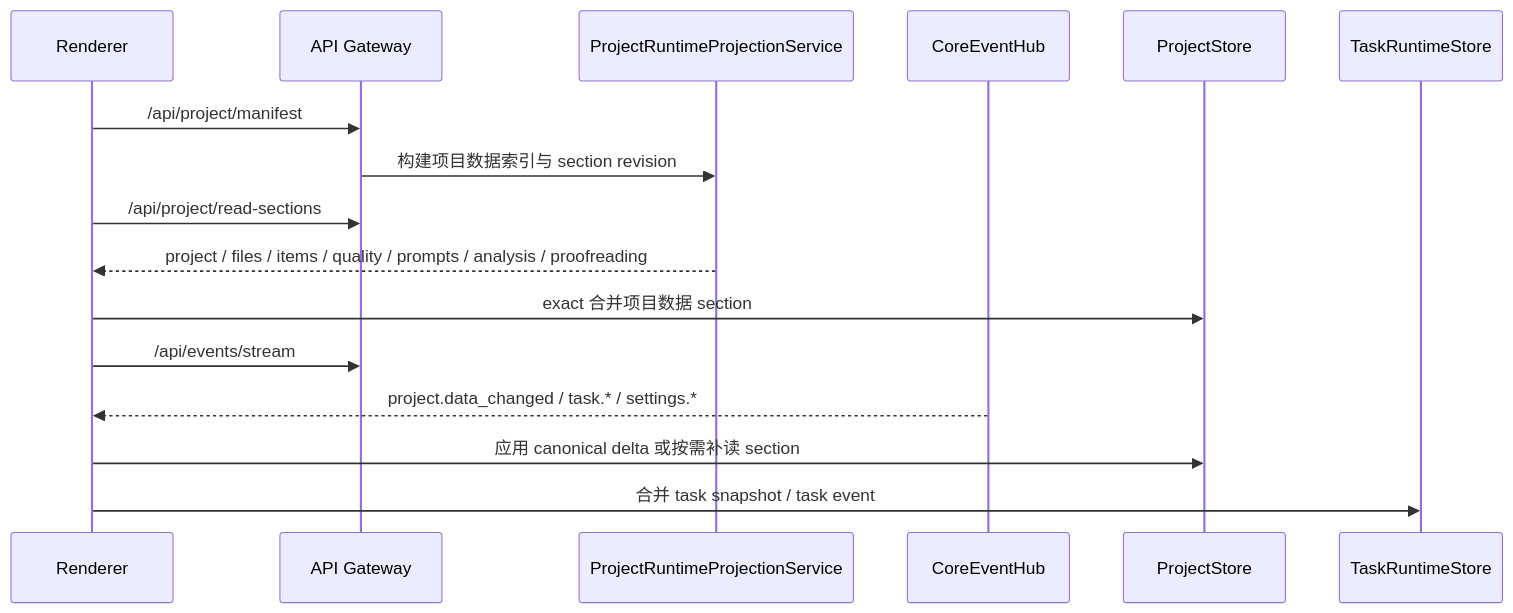
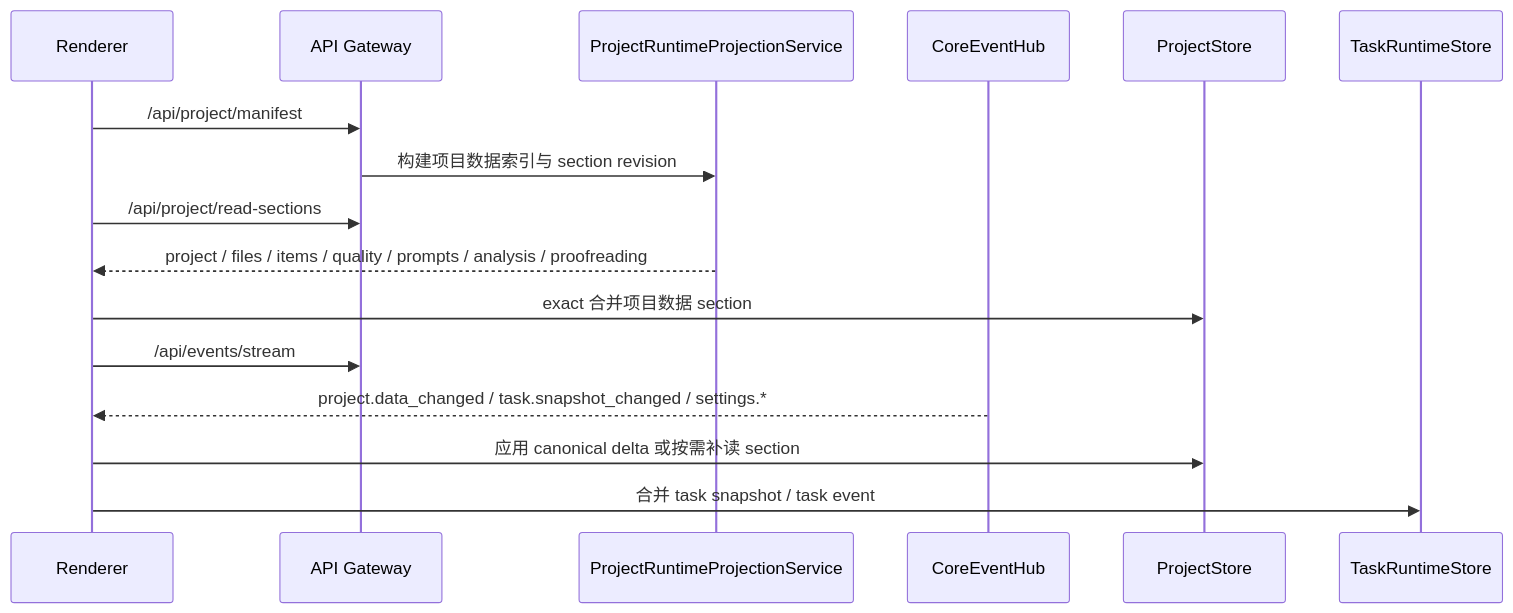
One commit to neavo/LinguaGacha changed the third of 3 diagrams in docs/ARCHITECTURE.md. Above: the diagram before and after it, drawn with Mermaid. The commit also changed other lines of this file and 36 other files, not shown here.

````diff
--- a/docs/ARCHITECTURE.md
+++ b/docs/ARCHITECTURE.md
@@ -77,19 +77,19 @@
 ```mermaid
 sequenceDiagram
   participant UI as Renderer
   participant API as API Gateway
   participant Proj as ProjectRuntimeProjectionService
   participant Hub as CoreEventHub
   participant Store as ProjectStore
   participant Task as TaskRuntimeStore
 
   UI->>API: /api/project/manifest
   API->>Proj: 构建项目数据索引与 section revision
   UI->>API: /api/project/read-sections
   Proj-->>UI: project / files / items / quality / prompts / analysis / proofreading
   UI->>Store: exact 合并项目数据 section
   UI->>API: /api/events/stream
-  Hub-->>UI: project.data_changed / task.* / settings.*
+  Hub-->>UI: project.data_changed / task.snapshot_changed / settings.*
   UI->>Store: 应用 canonical delta 或按需补读 section
   UI->>Task: 合并 task snapshot / task event
 ```
````
